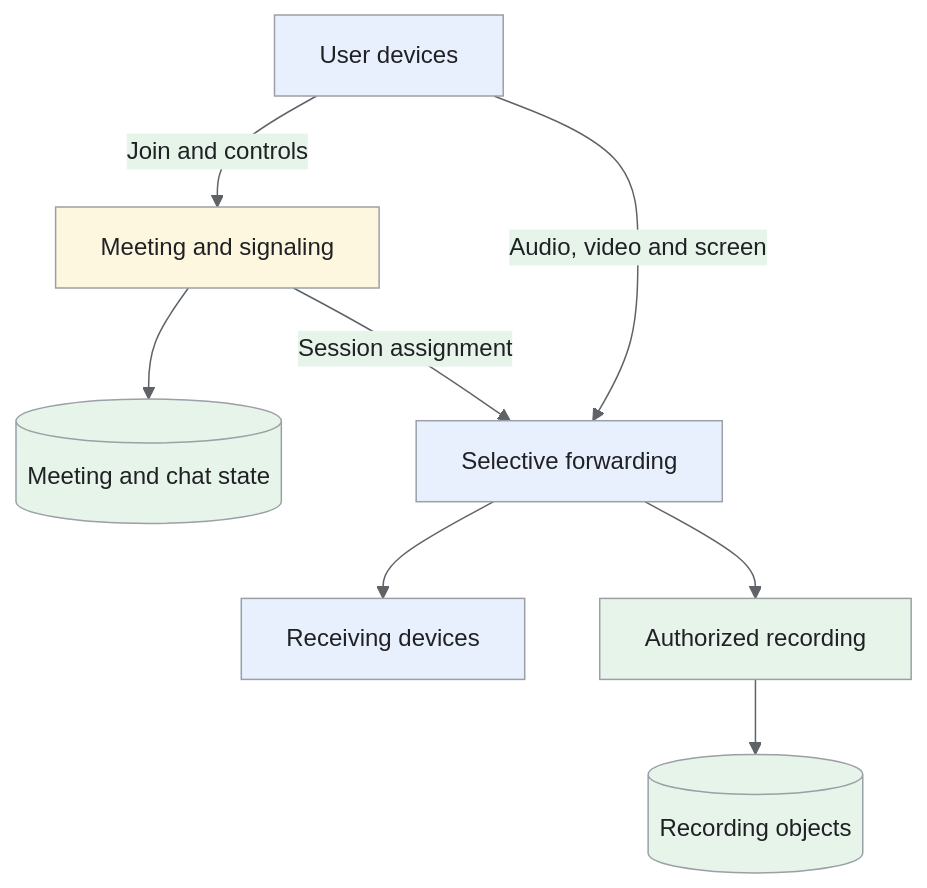
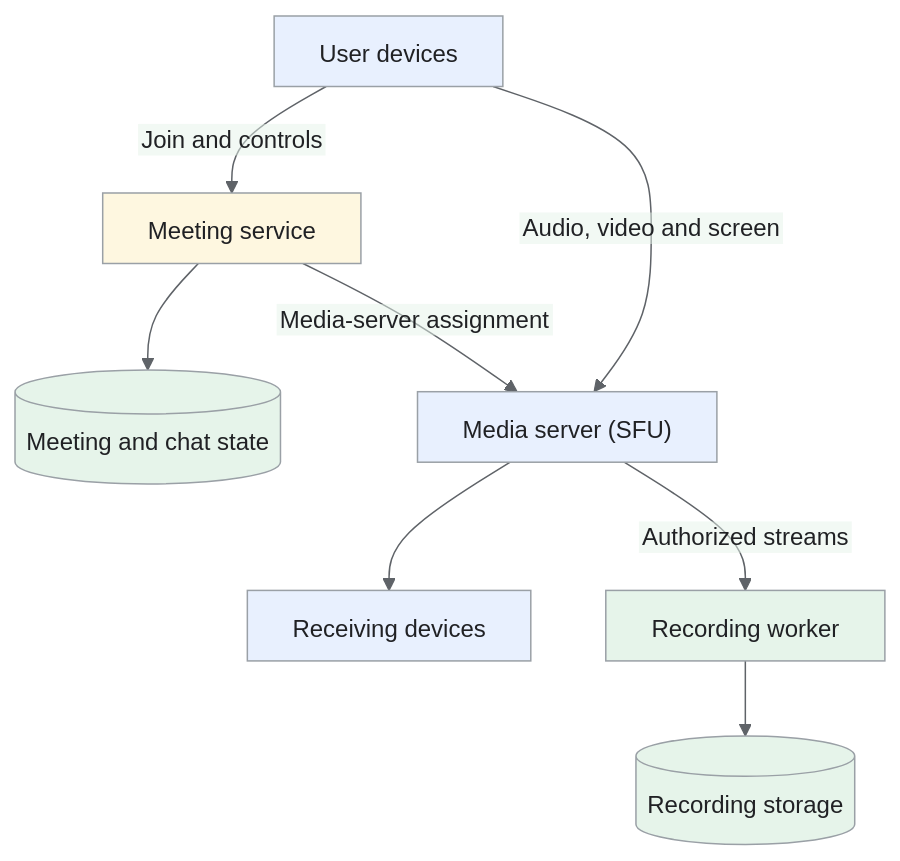
One commit to iliazlobin/iliazlobin.github.io changed the first of 7 diagrams in _designs/system-design-video-conferencing-zoom.md. Above: the diagram before and after it, drawn with Mermaid. The commit also changed other lines of this file and 1 other file, not shown here.

````diff
--- a/_designs/system-design-video-conferencing-zoom.md
+++ b/_designs/system-design-video-conferencing-zoom.md
@@ -152,18 +161,18 @@
 ```mermaid
-%%{init: {'theme':'base','themeVariables':{'primaryColor':'#e8f0fe','primaryTextColor':'#202124','primaryBorderColor':'#9aa0a6','lineColor':'#5f6368','secondaryColor':'#e6f4ea','tertiaryColor':'#fef7e0','actorBkg':'#e8f0fe','actorBorder':'#9aa0a6','actorTextColor':'#202124','noteBkgColor':'#fef7e0','noteTextColor':'#202124','noteBorderColor':'#9aa0a6','signalColor':'#5f6368','signalTextColor':'#202124','labelBoxBkgColor':'#fef7e0','labelBoxBorderColor':'#9aa0a6'}}}%%
+%%{init: {'theme':'base','htmlLabels':false,'flowchart':{'htmlLabels':false},'themeVariables':{'fontFamily':'Arial, sans-serif','primaryColor':'#e8f0fe','primaryTextColor':'#202124','primaryBorderColor':'#9aa0a6','lineColor':'#5f6368','secondaryColor':'#e6f4ea','tertiaryColor':'#fef7e0','actorBkg':'#e8f0fe','actorBorder':'#9aa0a6','actorTextColor':'#202124','noteBkgColor':'#fef7e0','noteTextColor':'#202124','noteBorderColor':'#9aa0a6','signalColor':'#5f6368','signalTextColor':'#202124','labelBoxBkgColor':'#fef7e0','labelBoxBorderColor':'#9aa0a6'}}}%%
 flowchart TB
-    U["User devices"] -->|"Join and controls"| M["Meeting and signaling"]
+    U["User devices"] -->|"Join and controls"| M["Meeting service"]
     M --> D[("Meeting and chat state")]
-    M -->|"Session assignment"| S["Selective forwarding"]
+    M -->|"Media-server assignment"| S["Media server (SFU)"]
     U -->|"Audio, video and screen"| S
     S --> R["Receiving devices"]
-    S --> W["Authorized recording"]
-    W --> O[("Recording objects")]
+    S -->|"Authorized streams"| W["Recording worker"]
+    W --> O[("Recording storage")]
 classDef request fill:#e8f0fe,stroke:#9aa0a6,color:#202124;
 classDef data fill:#e6f4ea,stroke:#9aa0a6,color:#202124;
 classDef control fill:#fef7e0,stroke:#9aa0a6,color:#202124;
 class U,S,R request;
 class D,W,O data;
 class M control;
 
 ```
````
